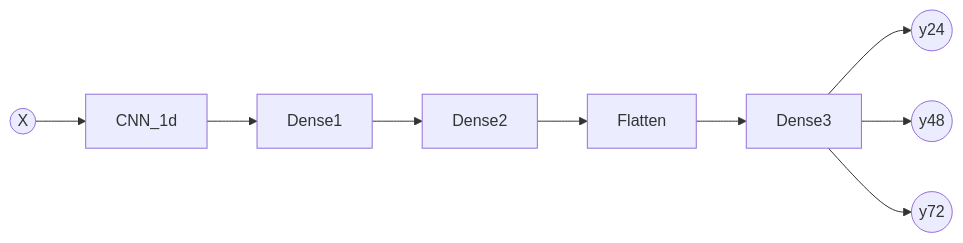
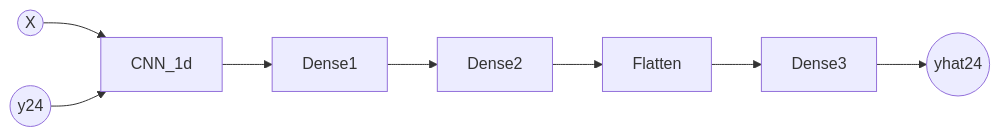
One commit to mmngreco/aguathon_2019 changed the first of 3 diagrams in README.md. Above: the diagram before and after it, drawn with Mermaid. The commit also changed other lines of this file and 165 other files, not shown here.

````diff
--- a/README.md
+++ b/README.md
@@ -37,11 +59,10 @@
 ```mermaid
 graph LR
 A((X)) --> CNN_1d
+Z((y24)) --> CNN_1d
 CNN_1d --> Dense1
 Dense1 --> Dense2
 Dense2 --> Flatten
 Flatten --> Dense3
-Dense3 --> B((y24))
-Dense3 --> C((y48))
-Dense3 --> D((y72))
+Dense3 --> B((yhat24))
 ```
````
